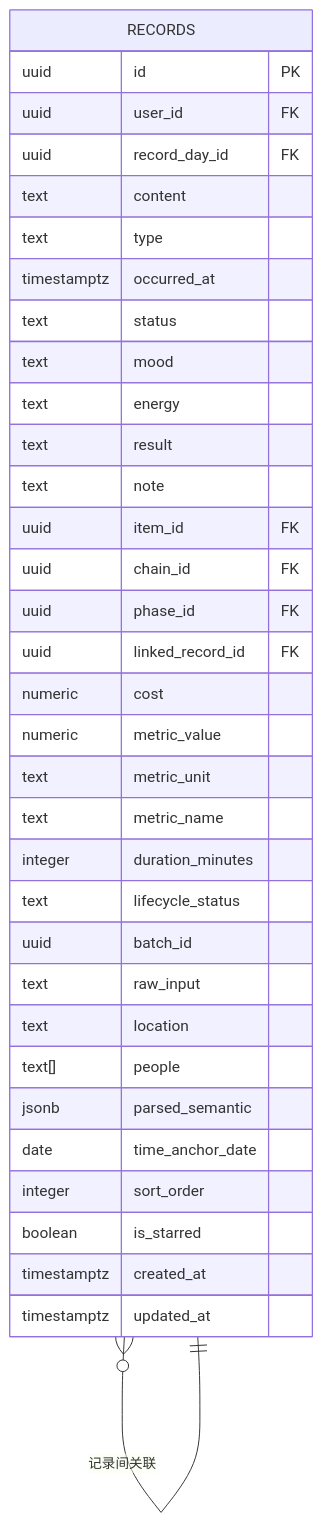
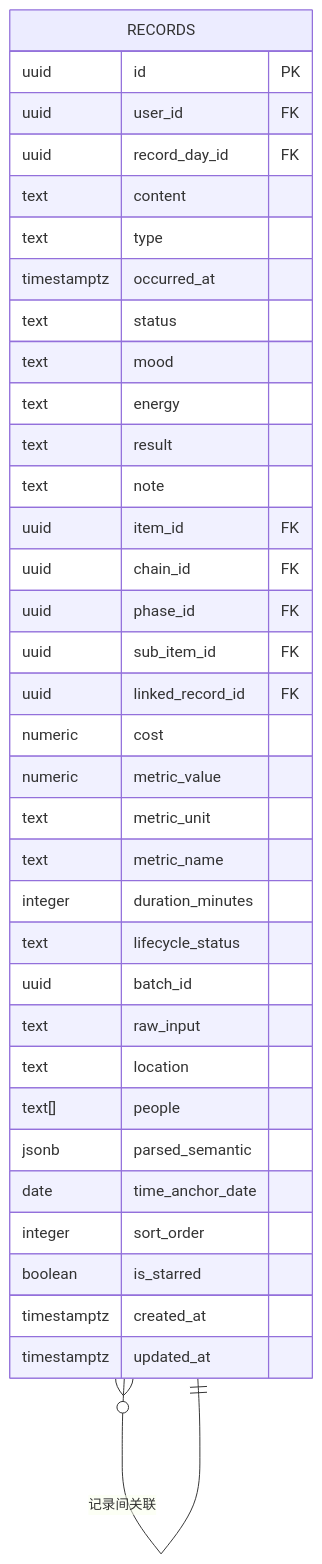
The sixth of 10 diagrams in .qoder/repowiki/zh/content/数据库设计/数据库设计.md (bbong1234/TETO), drawn with Mermaid before and after one commit. The commit also changed other lines of this file and 10 other files, not shown here.

````diff
--- a/.qoder/repowiki/zh/content/数据库设计/数据库设计.md
+++ b/.qoder/repowiki/zh/content/数据库设计/数据库设计.md
@@ -484,37 +544,38 @@
 ```mermaid
 erDiagram
 RECORDS {
 uuid id PK
 uuid user_id FK
 uuid record_day_id FK
 text content
 text type
 timestamptz occurred_at
 text status
 text mood
 text energy
 text result
 text note
 uuid item_id FK
 uuid chain_id FK
 uuid phase_id FK
+uuid sub_item_id FK
 uuid linked_record_id FK
 numeric cost
 numeric metric_value
 text metric_unit
 text metric_name
 integer duration_minutes
 text lifecycle_status
 uuid batch_id
 text raw_input
 text location
 text[] people
 jsonb parsed_semantic
 date time_anchor_date
 integer sort_order
 boolean is_starred
 timestamptz created_at
 timestamptz updated_at
 }
 RECORDS }o--|| RECORDS : "记录间关联"
 ```
````
